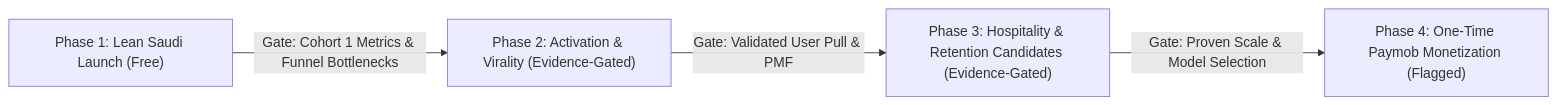
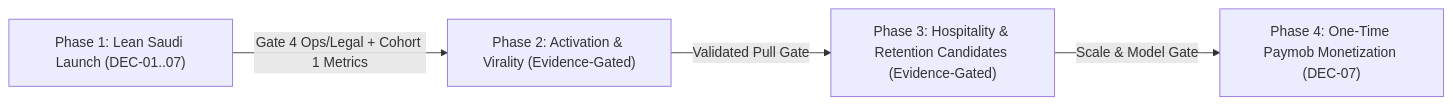
Before and after one commit to mohamedelbalooty/Zaffe: the diagram in docs/product/strategy/ZAFFE_PRODUCT_STRATEGY.md, drawn with Mermaid. The commit also changed other lines of this file and 7 other files, not shown here.

Commit message:
docs(governance): record official PO decisions DEC-01..DEC-07 and finalize Phase 1 business spec (ZAFFE-026)

````diff
--- a/docs/product/strategy/ZAFFE_PRODUCT_STRATEGY.md
+++ b/docs/product/strategy/ZAFFE_PRODUCT_STRATEGY.md
@@ -92,6 +78,6 @@
 ```mermaid
 flowchart LR
-    P1["Phase 1: Lean Saudi Launch (Free)"] -->|"Gate: Cohort 1 Metrics & Funnel Bottlenecks"| P2["Phase 2: Activation & Virality (Evidence-Gated)"]
-    P2 -->|"Gate: Validated User Pull & PMF"| P3["Phase 3: Hospitality & Retention Candidates (Evidence-Gated)"]
-    P3 -->|"Gate: Proven Scale & Model Selection"| P4["Phase 4: One-Time Paymob Monetization (Flagged)"]
+    P1["Phase 1: Lean Saudi Launch (DEC-01..07)"] -->|"Gate 4 Ops/Legal + Cohort 1 Metrics"| P2["Phase 2: Activation & Virality (Evidence-Gated)"]
+    P2 -->|"Validated Pull Gate"| P3["Phase 3: Hospitality & Retention Candidates (Evidence-Gated)"]
+    P3 -->|"Scale & Model Gate"| P4["Phase 4: One-Time Paymob Monetization (DEC-07)"]
 ```
````
